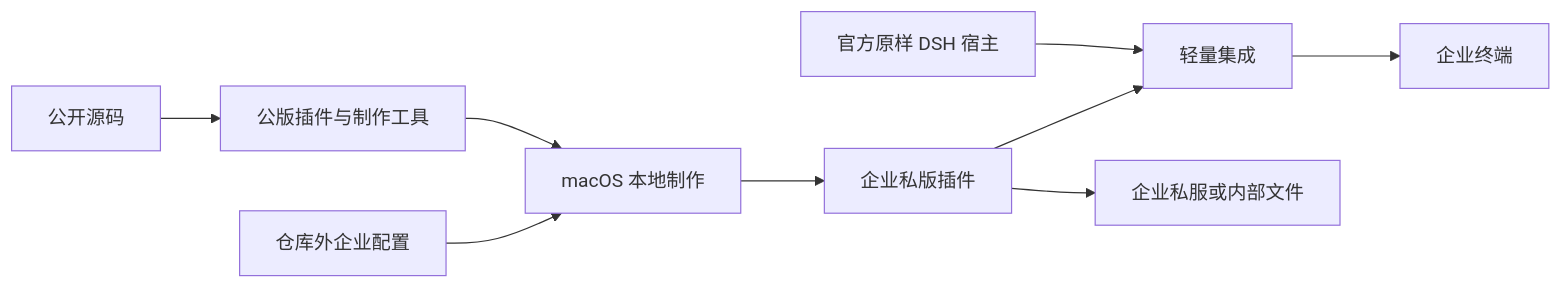
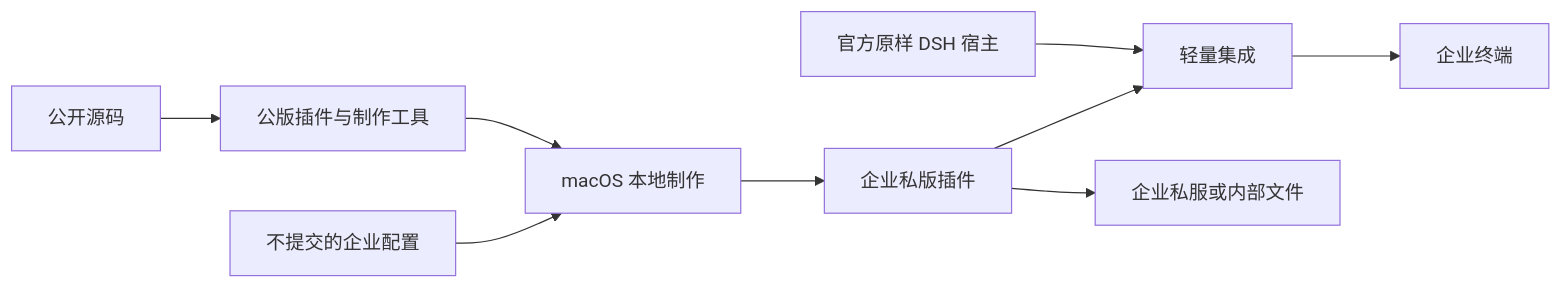
One commit to hrygo/heluo-forge changed the diagram in docs/architecture/public-enterprise-bundle.md. Above: the diagram before and after it, drawn with Mermaid. The commit also changed other lines of this file and 8 other files, not shown here.

````diff
--- a/docs/architecture/public-enterprise-bundle.md
+++ b/docs/architecture/public-enterprise-bundle.md
@@ -40,11 +40,11 @@
 ```mermaid
 flowchart LR
   A[公开源码] --> B[公版插件与制作工具]
   B --> C[macOS 本地制作]
-  D[仓库外企业配置] --> C
+  D[不提交的企业配置] --> C
   C --> E[企业私版插件]
   F[官方原样 DSH 宿主] --> G[轻量集成]
   E --> G
   G --> H[企业终端]
   E --> I[企业私服或内部文件]
 ```
````
